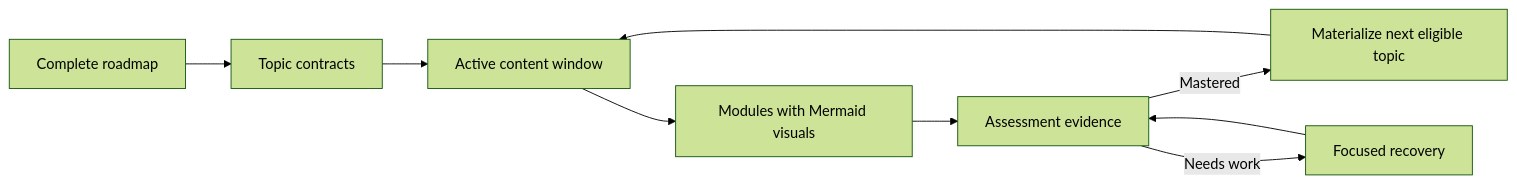
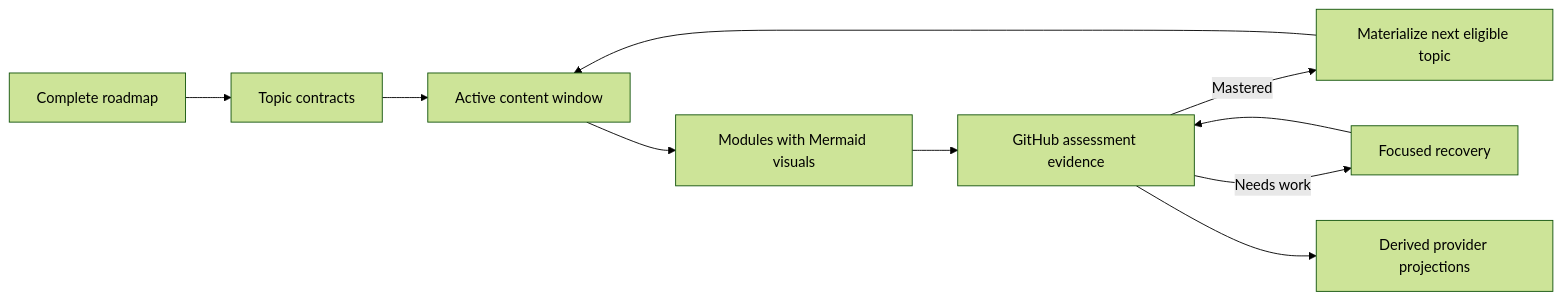
The first of 4 diagrams in README.md (diegomoura/open-study-path), drawn with Mermaid (forest theme) before and after one commit. The commit also changed other lines of this file, not shown here.

Commit message:
docs: explain contextual integration architecture

````diff
--- a/README.md
+++ b/README.md
@@ -18,11 +19,12 @@
 ```mermaid
 flowchart LR
     R[Complete roadmap] --> T[Topic contracts]
     T --> W[Active content window]
     W --> M[Modules with Mermaid visuals]
-    M --> A[Assessment evidence]
+    M --> A[GitHub assessment evidence]
     A -->|Mastered| N[Materialize next eligible topic]
     A -->|Needs work| C[Focused recovery]
     N --> W
     C --> A
+    A --> P[Derived provider projections]
 ```
````
